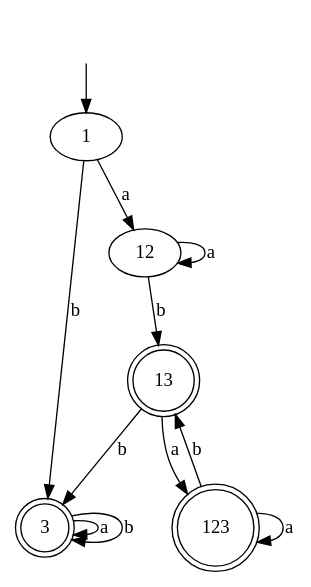
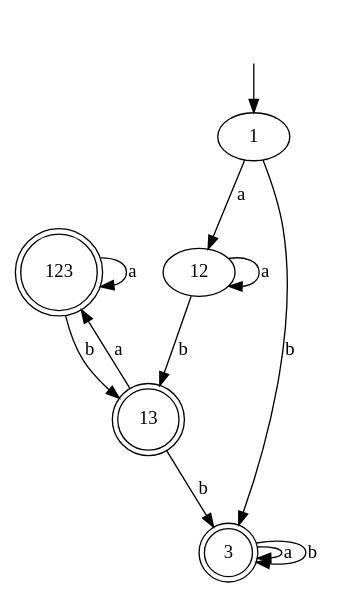
The diagram in files/dependency_graphs/deterministic finite state machine.gv (PyAlexOs/TheoryFormalLanguages), drawn with Graphviz before and after one commit. The commit also changed other lines of this file and 11 other files, not shown here.

```diff
--- a/files/dependency_graphs/deterministic finite state machine.gv
+++ b/files/dependency_graphs/deterministic finite state machine.gv
@@ -1,22 +1,22 @@
 digraph "deterministic finite state machine" {
+	123 [shape=doublecircle]
+	13 -> 123 [label=a]
+	12 -> 12 [label=a]
+	3 [shape=doublecircle]
+	13 -> 3 [label=b]
 	3 [shape=doublecircle]
 	3 -> 3 [label=a]
+	3 [shape=doublecircle]
+	3 -> 3 [label=b]
+	13 [shape=doublecircle]
+	123 -> 13 [label=b]
+	" " [shape=plaintext]
+	" " -> 1
+	1 -> 12 [label=a]
+	3 [shape=doublecircle]
+	1 -> 3 [label=b]
 	13 [shape=doublecircle]
 	12 -> 13 [label=b]
-	13 [shape=doublecircle]
-	123 -> 13 [label=b]
-	3 [shape=doublecircle]
-	13 -> 3 [label=b]
-	" " [shape=plaintext]
-	" " -> 1
-	3 [shape=doublecircle]
-	1 -> 3 [label=b]
-	123 [shape=doublecircle]
-	13 -> 123 [label=a]
 	123 [shape=doublecircle]
 	123 -> 123 [label=a]
-	12 -> 12 [label=a]
-	1 -> 12 [label=a]
-	3 [shape=doublecircle]
-	3 -> 3 [label=b]
 }
```
